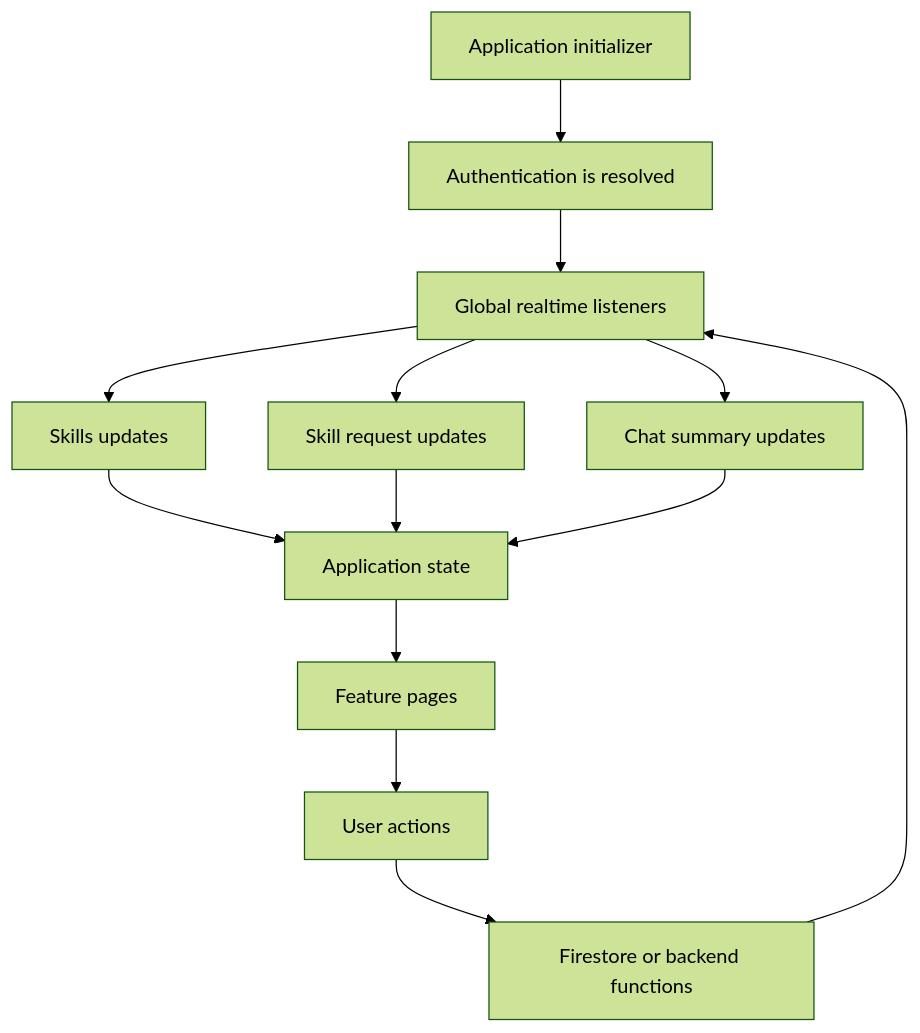
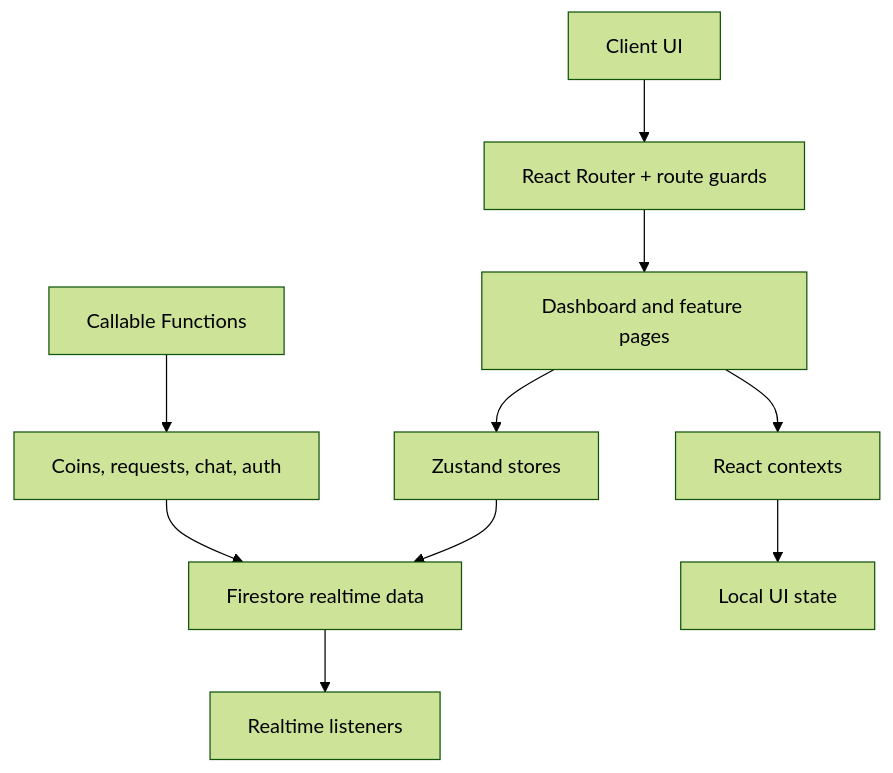
Before and after one commit to socode-dev/skillforge: the first of 2 diagrams in docs/architecture.md, drawn with Mermaid (forest theme). The commit also changed other lines of this file and 4 other files, not shown here.

Commit message:
docs: add architecture and system design documentation

````diff
--- a/docs/architecture.md
+++ b/docs/architecture.md
@@ -92,15 +7,12 @@
 ```mermaid
 flowchart TD
-  A[Application initializer] --> B[Authentication is resolved]
-  B --> C[Global realtime listeners]
-  C --> D[Skills updates]
-  C --> E[Skill request updates]
-  C --> F[Chat summary updates]
-  D --> G[Application state]
-  E --> G
-  F --> G
-  G --> H[Feature pages]
-  H --> I[User actions]
-  I --> J[Firestore or backend functions]
-  J --> C
+  A[Client UI] --> B[React Router + route guards]
+  B --> C[Dashboard and feature pages]
+  C --> D[Zustand stores]
+  C --> E[React contexts]
+  D --> F[Firestore realtime data]
+  E --> G[Local UI state]
+  F --> H[Realtime listeners]
+  I[Callable Functions] --> J[Coins, requests, chat, auth]
+  J --> F
 ```
````
